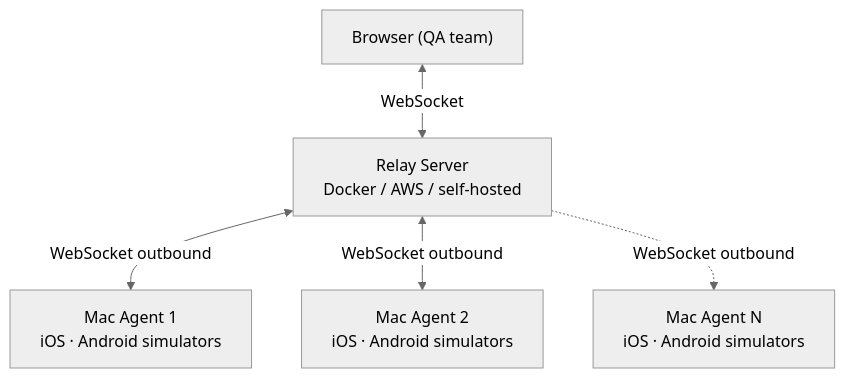
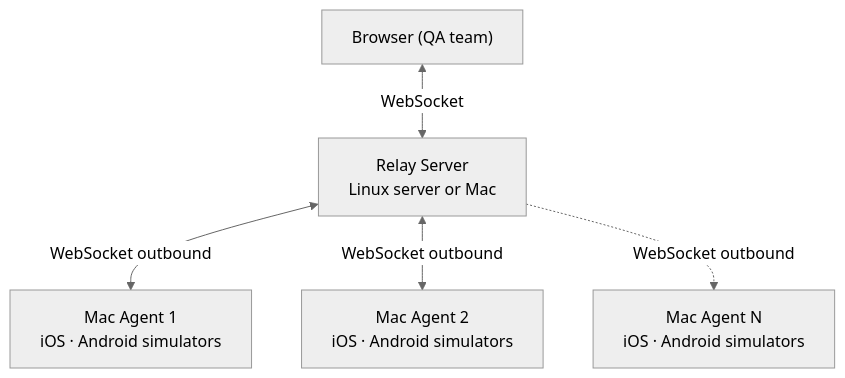
The diagram in docs/guide/introduction.md (jo-duchan/tapflow), drawn with Mermaid (neutral theme) before and after one commit. The commit also changed other lines of this file and 18 other files, not shown here.

````diff
--- a/docs/guide/introduction.md
+++ b/docs/guide/introduction.md
@@ -16,13 +16,13 @@
 ```mermaid
 flowchart TD
     B["Browser (QA team)"]
-    R["Relay Server<br/>Docker / AWS / self-hosted"]
+    R["Relay Server<br/>Linux server or Mac"]
     A1["Mac Agent 1<br/>iOS · Android simulators"]
     A2["Mac Agent 2<br/>iOS · Android simulators"]
     More["Mac Agent N<br/>iOS · Android simulators"]
 
     B <-->|WebSocket| R
     R <-->|WebSocket outbound| A1
     R <-->|WebSocket outbound| A2
     R -.->|WebSocket outbound| More
 ```
````
